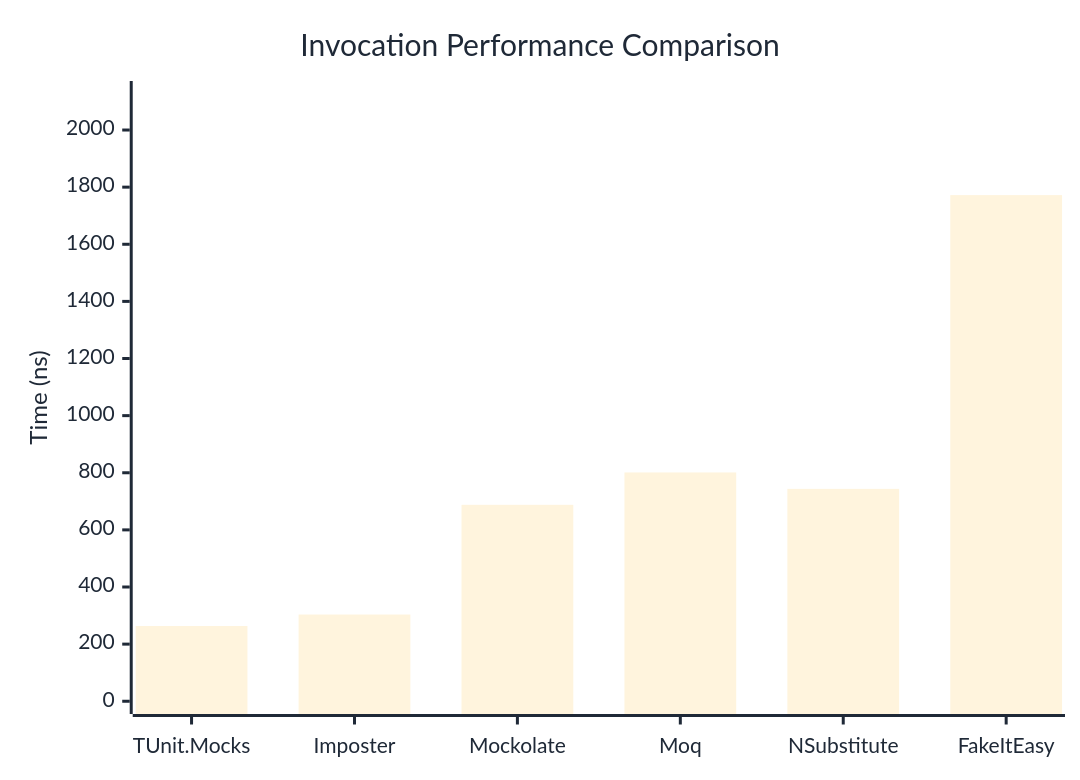
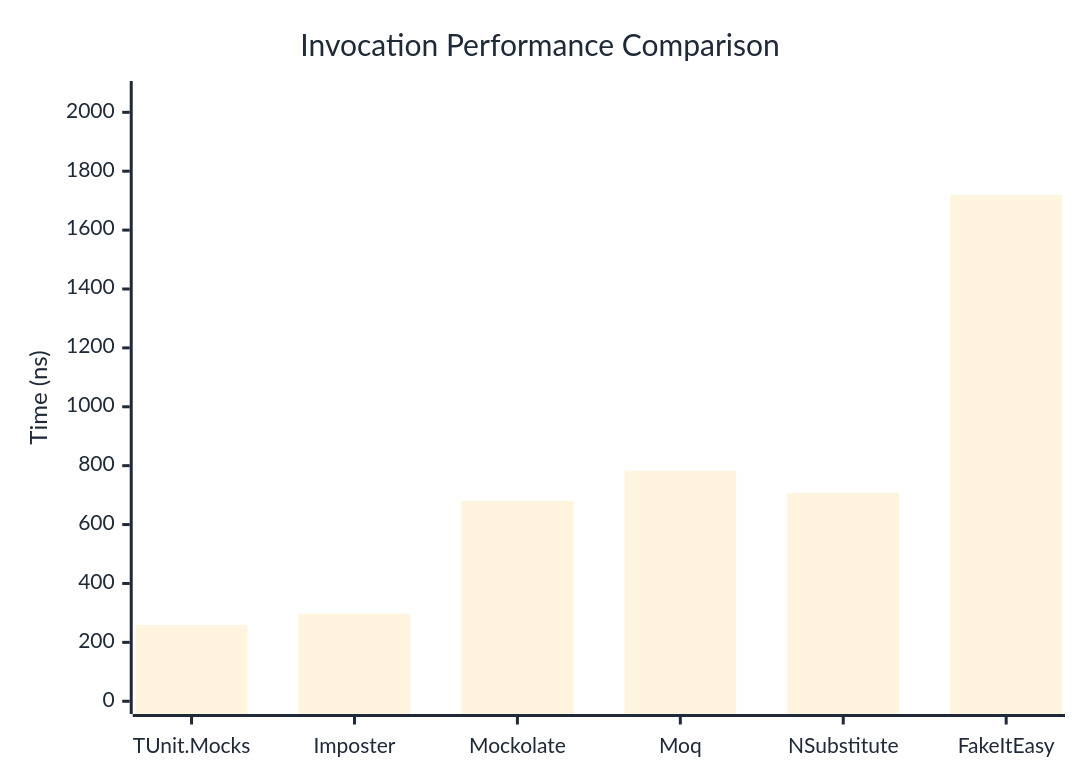
Before and after one commit to thomhurst/TUnit: the first of 3 diagrams in docs/docs/benchmarks/mocks/Invocation.md, drawn with Mermaid. The commit also changed other lines of this file and 14 other files, not shown here.

````diff
--- a/docs/docs/benchmarks/mocks/Invocation.md
+++ b/docs/docs/benchmarks/mocks/Invocation.md
@@ -28,27 +28,27 @@
 ```mermaid
 %%{init: {
   'theme':'base',
   'themeVariables': {
     'primaryColor': '#2563eb',
     'primaryTextColor': '#1f2937',
     'primaryBorderColor': '#1e40af',
     'lineColor': '#6b7280',
     'secondaryColor': '#7c3aed',
     'tertiaryColor': '#dc2626',
     'background': '#ffffff',
     'pie1': '#2563eb',
     'pie2': '#7c3aed',
     'pie3': '#dc2626',
     'pie4': '#f59e0b',
     'pie5': '#10b981',
     'pie6': '#06b6d4',
     'pie7': '#ec4899',
     'pie8': '#6366f1'
   }
 }}%%
 xychart-beta
   title "Invocation Performance Comparison"
   x-axis ["TUnit.Mocks", "Imposter", "Mockolate", "Moq", "NSubstitute", "FakeItEasy"]
-  y-axis "Time (ns)" 0 --> 2127
-  bar [263.5, 303.6, 687.7, 801.1, 743.6, 1772.1]
+  y-axis "Time (ns)" 0 --> 2063
+  bar [259.7, 297.2, 680.4, 782.6, 706.9, 1719.1]
 ```
````
